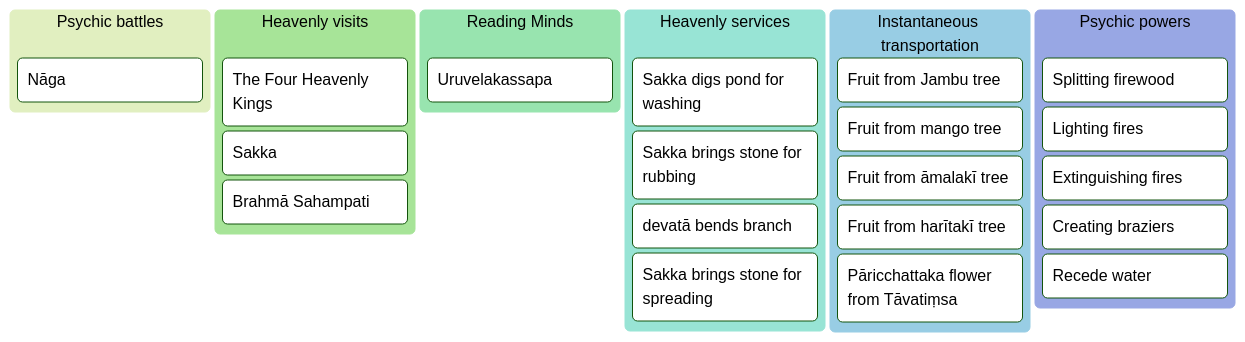
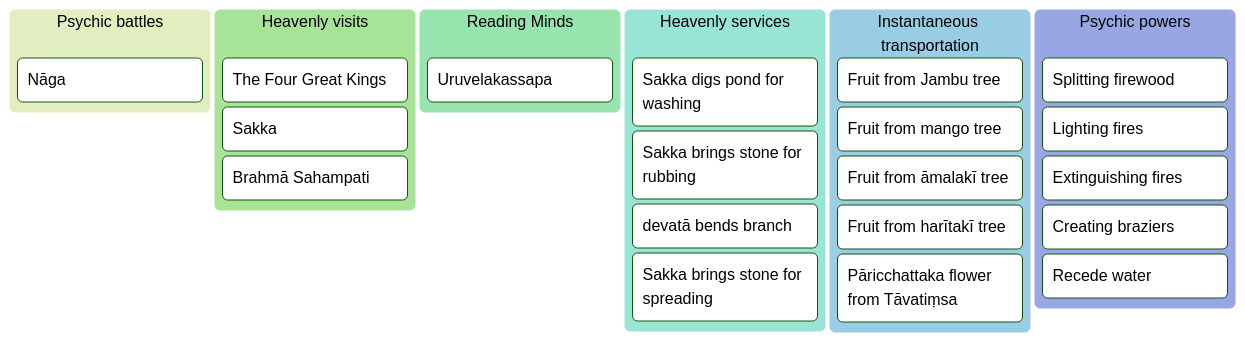
Before and after one commit to tidipa/tidipa.github.io: diagram 12 of 16 in src/content/docs/khandhaka/1-12.mdx, drawn with Mermaid (forest theme). The commit also changed other lines of this file and 48 other files, not shown here.

````diff
--- a/src/content/docs/khandhaka/1-12.mdx
+++ b/src/content/docs/khandhaka/1-12.mdx
@@ -226,28 +226,28 @@
 ```mermaid
 kanban
 Psychic battles
 	Nāga
 Heavenly visits
-	The Four Heavenly Kings
+	The Four Great Kings
 	Sakka
 	Brahmā Sahampati
 Reading Minds
 	Uruvelakassapa
 Heavenly services
 	Sakka digs pond for washing
 	Sakka brings stone for rubbing
 	devatā bends branch
 	Sakka brings stone for spreading
 Instantaneous transportation
 	Fruit from Jambu tree
 	Fruit from mango tree
 	Fruit from āmalakī tree
 	Fruit from harītakī tree
 	Pāricchattaka flower from Tāvatiṃsa
 Psychic powers
 	Splitting firewood
 	Lighting fires
 	Extinguishing fires
 	Creating braziers
 	Recede water
 ```
````
